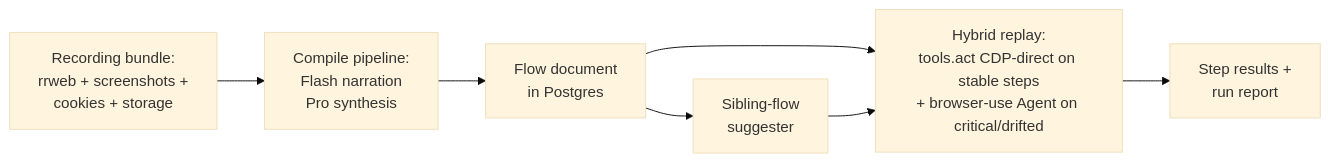
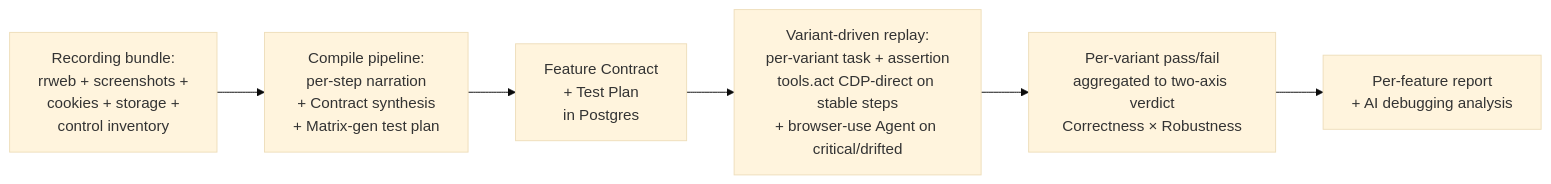
One commit to RushikeshTammewar/flowlens changed the third of 6 diagrams in docs/v3/HLD.md. Above: the diagram before and after it, drawn with Mermaid (base theme). The commit also changed other lines of this file, not shown here.

First line of the commit message:
v3 docs: HLD rewrite — AI senior-QA pipeline (contract + 4-mode + two-axis)

````diff
--- a/docs/v3/HLD.md
+++ b/docs/v3/HLD.md
@@ -176,9 +186,8 @@
 ```mermaid
 flowchart LR
-    Rec[Recording bundle:<br/>rrweb + screenshots +<br/>cookies + storage] --> Compile[Compile pipeline:<br/>Flash narration<br/>Pro synthesis]
-    Compile --> Flow[Flow document<br/>in Postgres]
-    Flow --> Replay[Hybrid replay:<br/>tools.act CDP-direct on stable steps<br/>+ browser-use Agent on critical/drifted]
-    Replay --> Report[Step results +<br/>run report]
-    Flow --> Suggest[Sibling-flow<br/>suggester]
-    Suggest --> Replay
+    Rec[Recording bundle:<br/>rrweb + screenshots +<br/>cookies + storage +<br/>control inventory] --> Compile[Compile pipeline:<br/>per-step narration<br/>+ Contract synthesis<br/>+ Matrix-gen test plan]
+    Compile --> Contract[Feature Contract<br/>+ Test Plan<br/>in Postgres]
+    Contract --> Replay[Variant-driven replay:<br/>per-variant task + assertion<br/>tools.act CDP-direct on stable steps<br/>+ browser-use Agent on critical/drifted]
+    Replay --> Verdict[Per-variant pass/fail<br/>aggregated to two-axis verdict<br/>Correctness × Robustness]
+    Verdict --> Report[Per-feature report<br/>+ AI debugging analysis]
 ```
````
